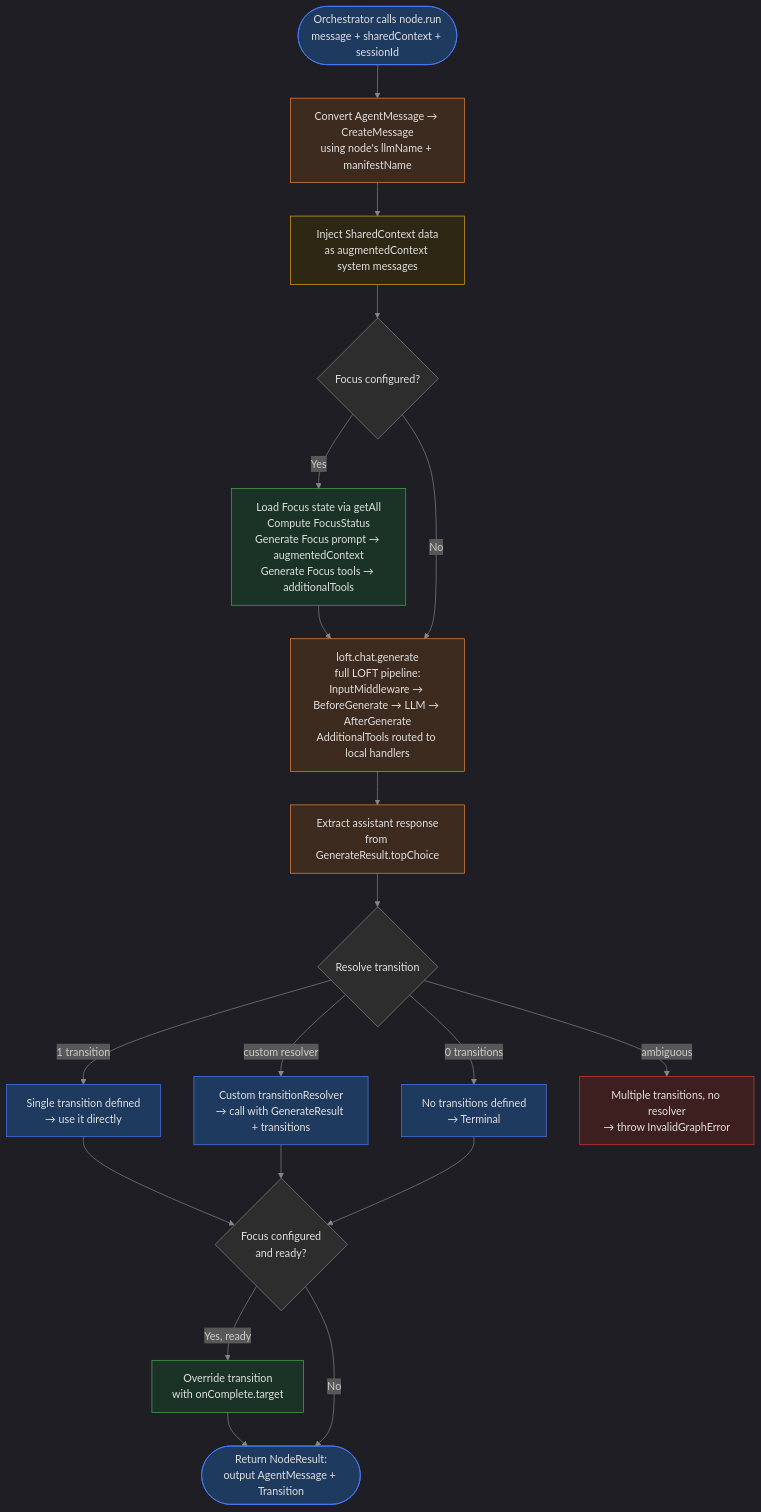
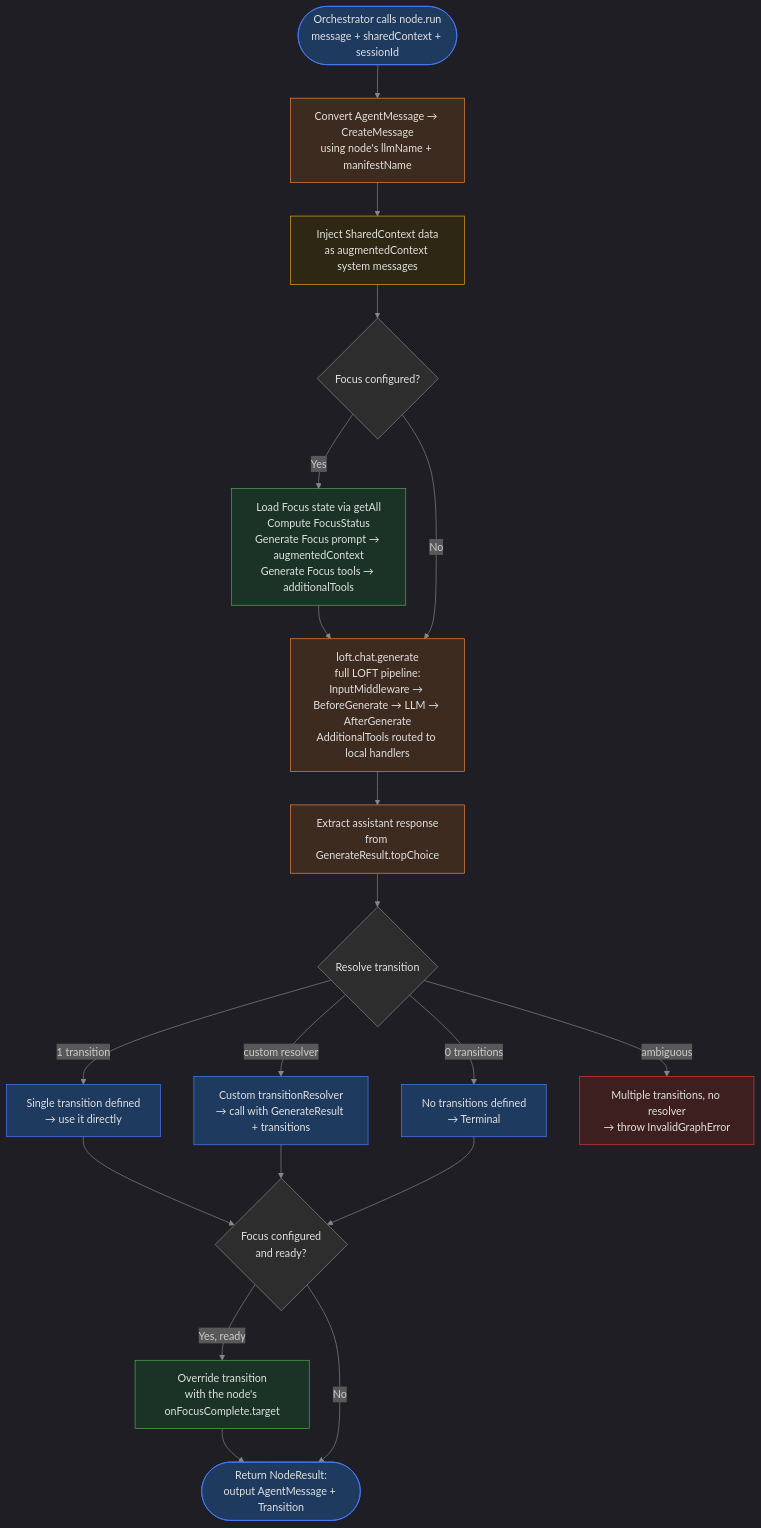
Before and after one commit to MoC-OSS/LOFT: the sixth of 8 diagrams in docs/concepts/agents/flow-diagrams.md, drawn with Mermaid. The commit also changed other lines of this file and 95 other files, not shown here.

````diff
--- a/docs/concepts/agents/flow-diagrams.md
+++ b/docs/concepts/agents/flow-diagrams.md
@@ -264,47 +264,47 @@
 ```mermaid
 %%{init: {'theme': 'dark', 'themeVariables': {'primaryColor': '#1e3a5f', 'primaryTextColor': '#e0e0e0', 'primaryBorderColor': '#4a7dff', 'lineColor': '#888', 'background': '#141414', 'mainBkg': '#1e1e2e', 'nodeBorder': '#555'}}}%%
 flowchart TD
     START([Orchestrator calls node.run<br/>message + sharedContext + sessionId]):::orch
 
     CONVERT[Convert AgentMessage → CreateMessage<br/>using node's llmName + manifestName]:::node
 
     INJECT[Inject SharedContext data<br/>as augmentedContext system messages]:::sc
 
     FOCUS_CHECK{Focus configured?}:::decision
 
     FOCUS_INJECT[Load Focus state via getAll<br/>Compute FocusStatus<br/>Generate Focus prompt → augmentedContext<br/>Generate Focus tools → additionalTools]:::focus
 
     GENERATE[loft.chat.generate<br/>full LOFT pipeline:<br/>InputMiddleware → BeforeGenerate → LLM → AfterGenerate<br/>AdditionalTools routed to local handlers]:::node
 
     EXTRACT[Extract assistant response<br/>from GenerateResult.topChoice]:::node
 
     RESOLVE{Resolve transition}:::decision
 
     ONE[Single transition defined<br/>→ use it directly]:::orch
     CUSTOM[Custom transitionResolver<br/>→ call with GenerateResult + transitions]:::orch
     NONE[No transitions defined<br/>→ Terminal]:::orch
     AMBIGUOUS[Multiple transitions, no resolver<br/>→ throw InvalidGraphError]:::error
 
     FOCUS_POST{Focus configured<br/>and ready?}:::decision
-    FOCUS_OVERRIDE[Override transition<br/>with onComplete.target]:::focus
+    FOCUS_OVERRIDE[Override transition<br/>with the node's onFocusComplete.target]:::focus
 
     RETURN([Return NodeResult:<br/>output AgentMessage + Transition]):::orch
 
     START --> CONVERT --> INJECT --> FOCUS_CHECK
     FOCUS_CHECK -->|Yes| FOCUS_INJECT --> GENERATE
     FOCUS_CHECK -->|No| GENERATE
     GENERATE --> EXTRACT --> RESOLVE
     RESOLVE -->|1 transition| ONE --> FOCUS_POST
     RESOLVE -->|custom resolver| CUSTOM --> FOCUS_POST
     RESOLVE -->|0 transitions| NONE --> FOCUS_POST
     RESOLVE -->|ambiguous| AMBIGUOUS
     FOCUS_POST -->|Yes, ready| FOCUS_OVERRIDE --> RETURN
     FOCUS_POST -->|No| RETURN
 
     classDef orch fill:#1e3a5f,stroke:#4a7dff,color:#e0e0e0
     classDef node fill:#3d2b1f,stroke:#f0883e,color:#e0e0e0
     classDef sc fill:#2d2714,stroke:#e6a817,color:#e0e0e0
     classDef focus fill:#1a3326,stroke:#4caf50,color:#e0e0e0
     classDef decision fill:#2d2d2d,stroke:#888,color:#e0e0e0
     classDef error fill:#3d1f1f,stroke:#e53935,color:#e0e0e0
 ```
````
